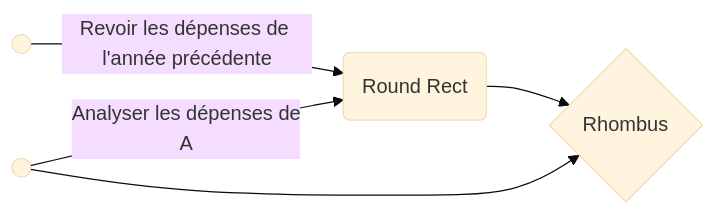
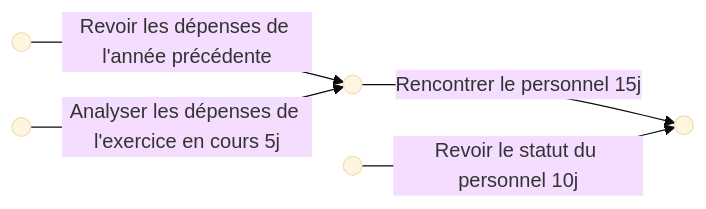
Before and after one commit to Carsano/Road2ITD: the diagram in 02_Learning/01_Management/CH9. Effectuer un suivi des performances.md, drawn with Mermaid (base theme).

Commit message:
vault backup: 2025-05-25 10:45:35

````diff
--- a/02_Learning/01_Management/CH9. Effectuer un suivi des performances.md
+++ b/02_Learning/01_Management/CH9. Effectuer un suivi des performances.md
@@ -49,9 +49,8 @@
 ```mermaid
 graph LR
-    A(( )) -- Revoir les dépenses de l'année précédente --> C((Circle))
-    B(( )) -- Analyser les dépenses de
-    A --> C(Round Rect)
-    B --> D{Rhombus}
-    C --> D
+    A(( )) -- Revoir les dépenses de l'année précédente --> C(( ))
+    B(( )) -- Analyser les dépenses de l'exercice en cours 5j --> C
+    C --Rencontrer le personnel 15j--> E(( ))
+    D(( )) --Revoir le statut du personnel 10j --> E(( ))
 
 ```
````
